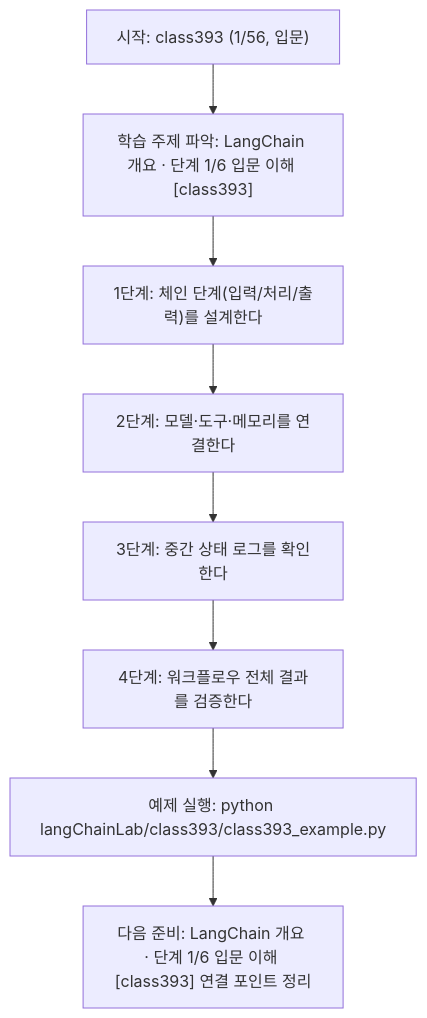
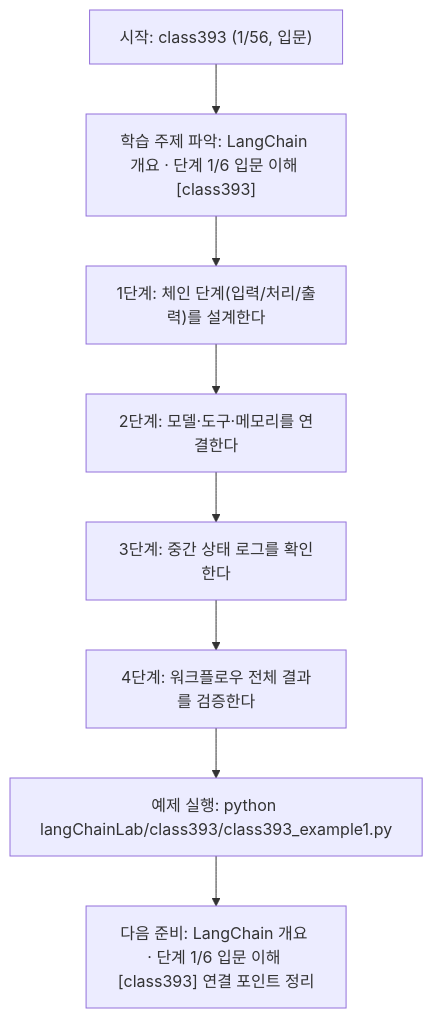
Before and after one commit to edumgt/Python-AI_Agent-Class: the diagram in langChainLab/class393/class393.md, drawn with Mermaid. The commit also changed other lines of this file and 2959 other files, not shown here.

````diff
--- a/langChainLab/class393/class393.md
+++ b/langChainLab/class393/class393.md
@@ -109,18 +109,18 @@
 ```mermaid
 flowchart TD
 N1["시작: class393 (1/56, 입문)"]
 N2["학습 주제 파악: LangChain 개요 · 단계 1/6 입문 이해 [class393]"]
 N3["1단계: 체인 단계(입력/처리/출력)를 설계한다"]
 N4["2단계: 모델·도구·메모리를 연결한다"]
 N5["3단계: 중간 상태 로그를 확인한다"]
 N6["4단계: 워크플로우 전체 결과를 검증한다"]
-N7["예제 실행: python langChainLab/class393/class393_example.py"]
+N7["예제 실행: python langChainLab/class393/class393_example1.py"]
 N8["다음 준비: LangChain 개요 · 단계 1/6 입문 이해 [class393] 연결 포인트 정리"]
 N1 --> N2
 N2 --> N3
 N3 --> N4
 N4 --> N5
 N5 --> N6
 N6 --> N7
 N7 --> N8
 ```
````
